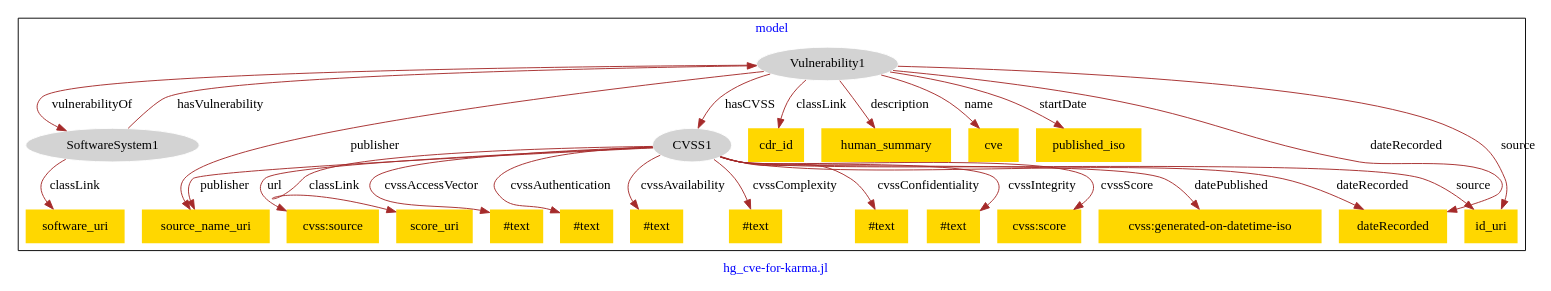
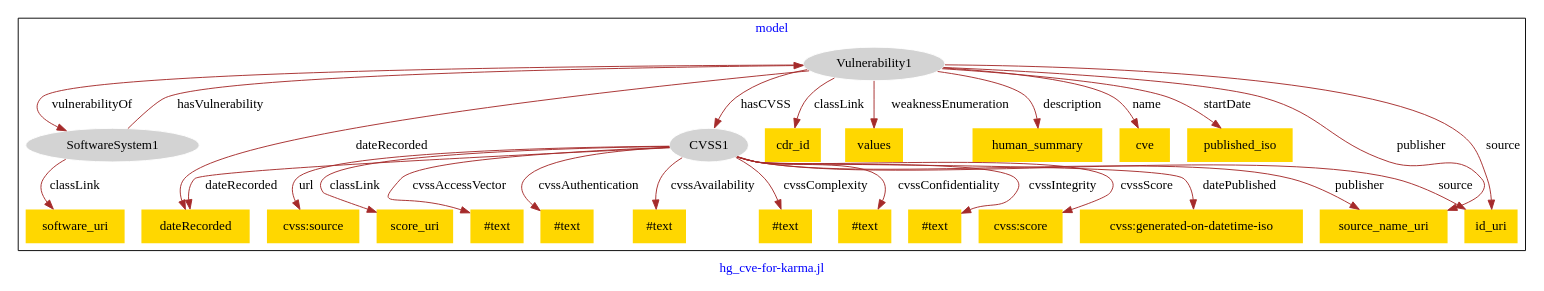
Before and after one commit to usc-isi-i2/effect-alignment: the diagram in models/hg-cve/hg_cve-model.dot, drawn with Graphviz.

Commit message:
Update file hg_cve-model.dot

```diff
--- a/models/hg-cve/hg_cve-model.dot
+++ b/models/hg-cve/hg_cve-model.dot
@@ -1,53 +1,55 @@
 digraph n0 {
 fontcolor="blue"
 remincross="true"
 label="hg_cve-for-karma.jl"
 subgraph cluster {
 label="model"
 n2[style="filled",color="white",fillcolor="lightgray",label="CVSS1"];
 n3[shape="plaintext",style="filled",fillcolor="gold",label="score_uri"];
 n4[shape="plaintext",style="filled",fillcolor="gold",label="#text"];
 n5[shape="plaintext",style="filled",fillcolor="gold",label="#text"];
 n6[shape="plaintext",style="filled",fillcolor="gold",label="#text"];
 n7[shape="plaintext",style="filled",fillcolor="gold",label="#text"];
 n8[shape="plaintext",style="filled",fillcolor="gold",label="#text"];
 n9[shape="plaintext",style="filled",fillcolor="gold",label="#text"];
 n10[shape="plaintext",style="filled",fillcolor="gold",label="cvss:score"];
-n11[shape="plaintext",style="filled",fillcolor="gold",label="cvss:generated-on-datetime-iso"];
-n12[shape="plaintext",style="filled",fillcolor="gold",label="source_name_uri"];
+n11[shape="plaintext",style="filled",fillcolor="gold",label="dateRecorded"];
+n12[shape="plaintext",style="filled",fillcolor="gold",label="cvss:generated-on-datetime-iso"];
 n13[shape="plaintext",style="filled",fillcolor="gold",label="cvss:source"];
 n14[style="filled",color="white",fillcolor="lightgray",label="SoftwareSystem1"];
 n15[shape="plaintext",style="filled",fillcolor="gold",label="software_uri"];
 n16[style="filled",color="white",fillcolor="lightgray",label="Vulnerability1"];
 n17[shape="plaintext",style="filled",fillcolor="gold",label="cdr_id"];
-n18[shape="plaintext",style="filled",fillcolor="gold",label="human_summary"];
-n19[shape="plaintext",style="filled",fillcolor="gold",label="cve"];
-n20[shape="plaintext",style="filled",fillcolor="gold",label="published_iso"];
-n21[shape="plaintext",style="filled",fillcolor="gold",label="dateRecorded"];
-n22[shape="plaintext",style="filled",fillcolor="gold",label="id_uri"];
+n18[shape="plaintext",style="filled",fillcolor="gold",label="values"];
+n19[shape="plaintext",style="filled",fillcolor="gold",label="human_summary"];
+n20[shape="plaintext",style="filled",fillcolor="gold",label="cve"];
+n21[shape="plaintext",style="filled",fillcolor="gold",label="published_iso"];
+n22[shape="plaintext",style="filled",fillcolor="gold",label="source_name_uri"];
+n23[shape="plaintext",style="filled",fillcolor="gold",label="id_uri"];
 }
 n2 -> n3[color="brown",fontcolor="black",label="classLink"]
 n2 -> n4[color="brown",fontcolor="black",label="cvssAccessVector"]
 n2 -> n5[color="brown",fontcolor="black",label="cvssAuthentication"]
 n2 -> n6[color="brown",fontcolor="black",label="cvssAvailability"]
 n2 -> n7[color="brown",fontcolor="black",label="cvssComplexity"]
 n2 -> n8[color="brown",fontcolor="black",label="cvssConfidentiality"]
 n2 -> n9[color="brown",fontcolor="black",label="cvssIntegrity"]
 n2 -> n10[color="brown",fontcolor="black",label="cvssScore"]
-n2 -> n11[color="brown",fontcolor="black",label="datePublished"]
-n2 -> n12[color="brown",fontcolor="black",label="publisher"]
+n2 -> n11[color="brown",fontcolor="black",label="dateRecorded"]
+n2 -> n12[color="brown",fontcolor="black",label="datePublished"]
 n2 -> n13[color="brown",fontcolor="black",label="url"]
 n14 -> n15[color="brown",fontcolor="black",label="classLink"]
 n16 -> n17[color="brown",fontcolor="black",label="classLink"]
-n16 -> n18[color="brown",fontcolor="black",label="description"]
-n16 -> n19[color="brown",fontcolor="black",label="name"]
-n16 -> n12[color="brown",fontcolor="black",label="publisher"]
-n16 -> n20[color="brown",fontcolor="black",label="startDate"]
+n16 -> n11[color="brown",fontcolor="black",label="dateRecorded"]
+n16 -> n18[color="brown",fontcolor="black",label="weaknessEnumeration"]
+n16 -> n19[color="brown",fontcolor="black",label="description"]
+n16 -> n20[color="brown",fontcolor="black",label="name"]
+n16 -> n21[color="brown",fontcolor="black",label="startDate"]
 n16 -> n2[color="brown",fontcolor="black",label="hasCVSS"]
 n14 -> n16[color="brown",fontcolor="black",label="hasVulnerability"]
-n16 -> n21[color="brown",fontcolor="black",label="dateRecorded"]
+n16 -> n22[color="brown",fontcolor="black",label="publisher"]
+n16 -> n23[color="brown",fontcolor="black",label="source"]
+n2 -> n23[color="brown",fontcolor="black",label="source"]
 n16 -> n14[color="brown",fontcolor="black",label="vulnerabilityOf"]
-n2 -> n21[color="brown",fontcolor="black",label="dateRecorded"]
-n2 -> n22[color="brown",fontcolor="black",label="source"]
-n16 -> n22[color="brown",fontcolor="black",label="source"]
+n2 -> n22[color="brown",fontcolor="black",label="publisher"]
 }
```
